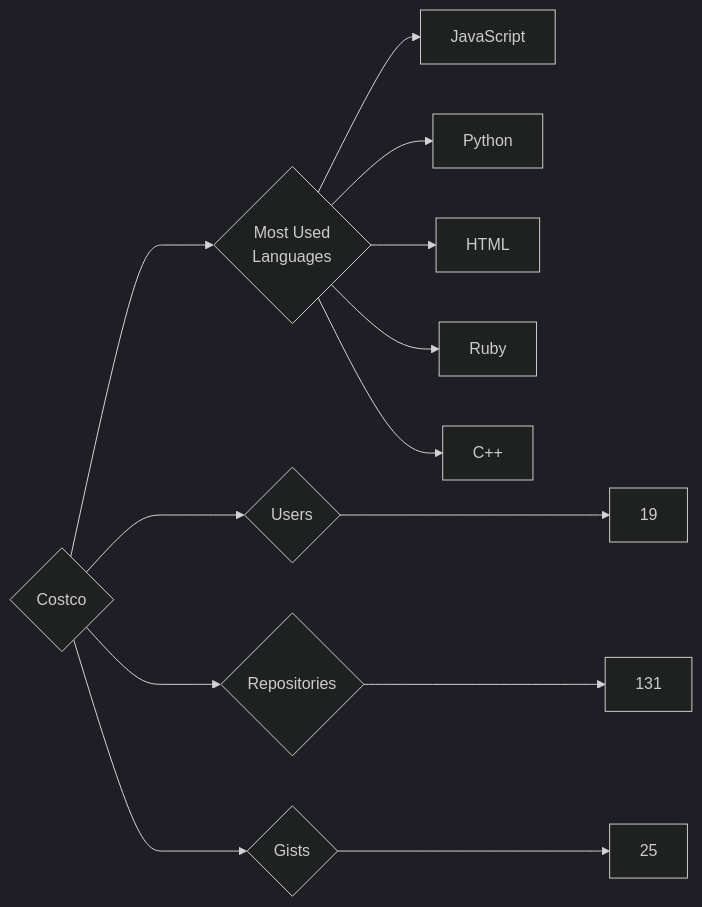
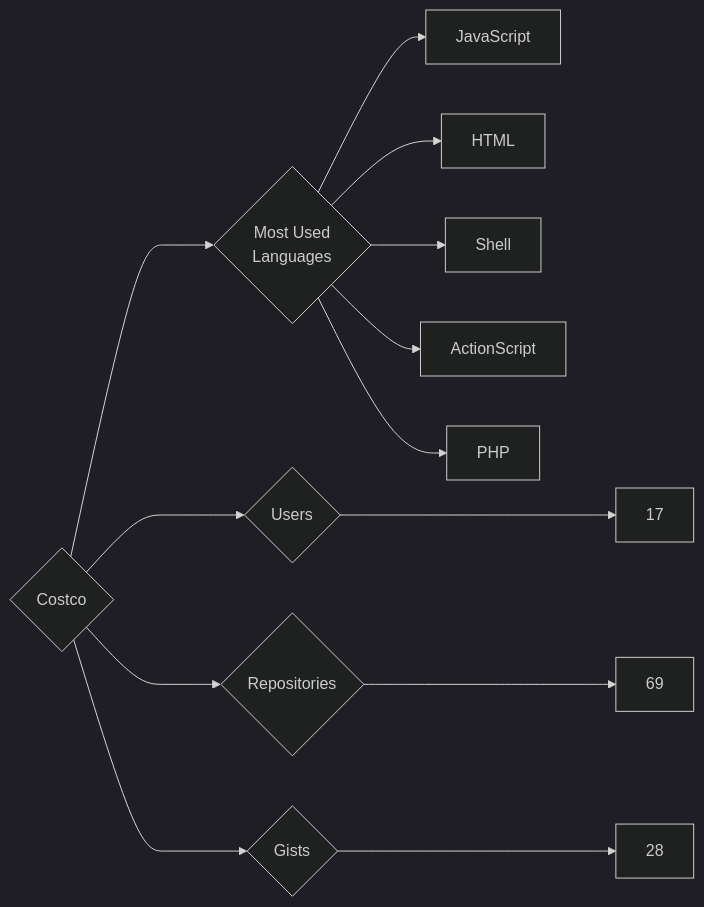
One commit to trickest/insiders changed the diagram in targets/Costco/README.md. Above: the diagram before and after it, drawn with Mermaid (dark theme). The commit also changed 723 other files, not shown here.

````diff
--- a/targets/Costco/README.md
+++ b/targets/Costco/README.md
@@ -3,13 +3,13 @@
 ```mermaid
 graph LR
 COMPANY_NAME{Costco}
-COMPANY_NAME ---> U{Users} ---> UN[19]
-COMPANY_NAME ---> R{Repositories} ---> RN[131]
-COMPANY_NAME ---> G{Gists} ---> GN[25]
+COMPANY_NAME ---> U{Users} ---> UN[17]
+COMPANY_NAME ---> R{Repositories} ---> RN[69]
+COMPANY_NAME ---> G{Gists} ---> GN[28]
 COMPANY_NAME ---> ML{Most Used<br>Languages}
 ML --> JavaScript[JavaScript]
-ML --> Python[Python]
 ML --> HTML[HTML]
-ML --> Ruby[Ruby]
-ML --> C++[C++]
+ML --> Shell[Shell]
+ML --> ActionScript[ActionScript]
+ML --> PHP[PHP]
 ```
````
